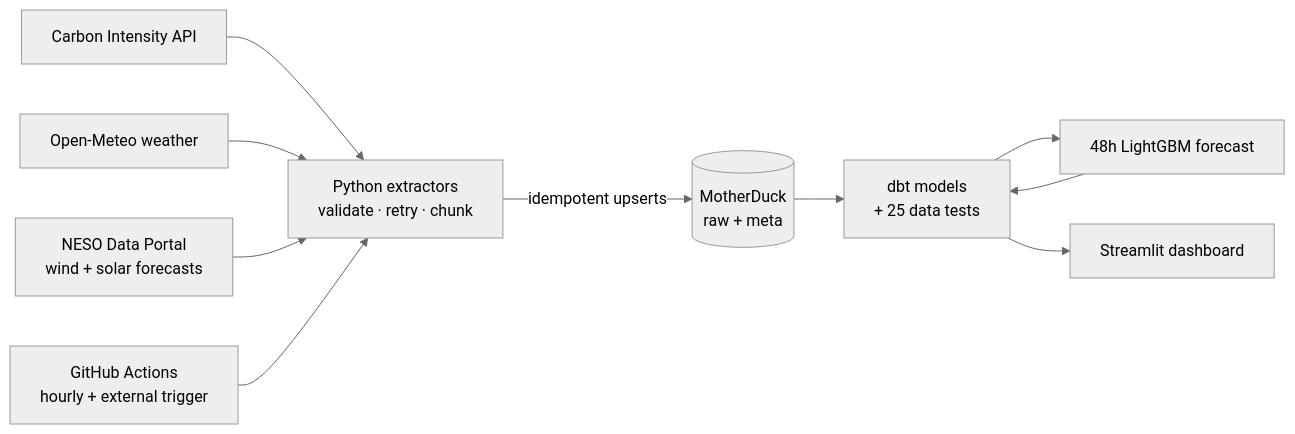
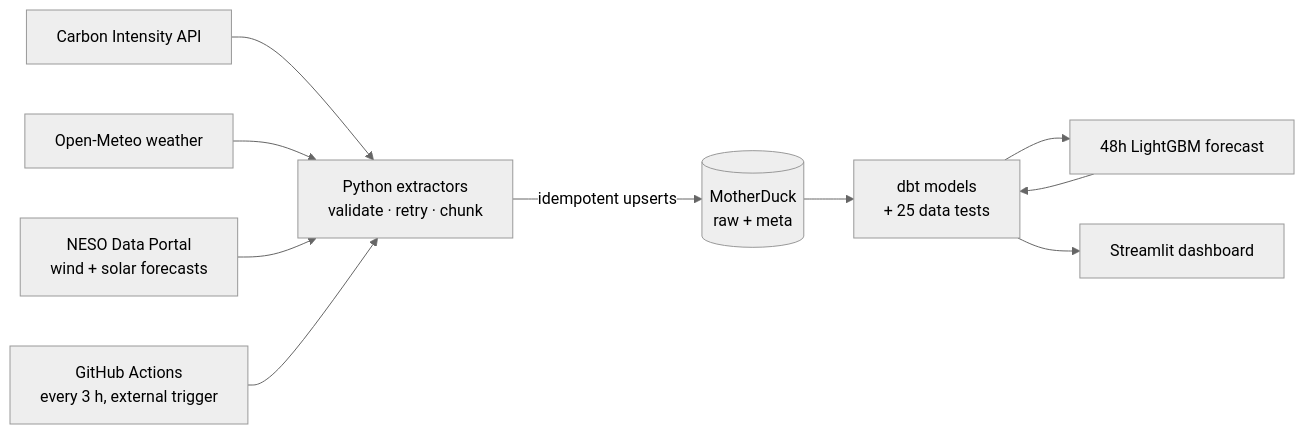
One commit to p3rpetualpanda/gb-grid-carbon changed the diagram in README.md. Above: the diagram before and after it, drawn with Mermaid (neutral theme). The commit also changed other lines of this file and 2 other files, not shown here.

First line of the commit message:
Pipeline: drop the hourly GitHub schedule; cron-job.org every 3 h only

````diff
--- a/README.md
+++ b/README.md
@@ -15,12 +15,12 @@
 ```mermaid
 flowchart LR
   A[Carbon Intensity API] --> E[Python extractors<br/>validate · retry · chunk]
   B[Open-Meteo weather] --> E
   C[NESO Data Portal<br/>wind + solar forecasts] --> E
   E -->|idempotent upserts| R[(MotherDuck<br/>raw + meta)]
   R --> D[dbt models<br/>+ 25 data tests]
   D --> F[48h LightGBM forecast]
   F --> D
   D --> S[Streamlit dashboard]
-  G[GitHub Actions<br/>hourly + external trigger] --> E
+  G[GitHub Actions<br/>every 3 h, external trigger] --> E
 ```
````
